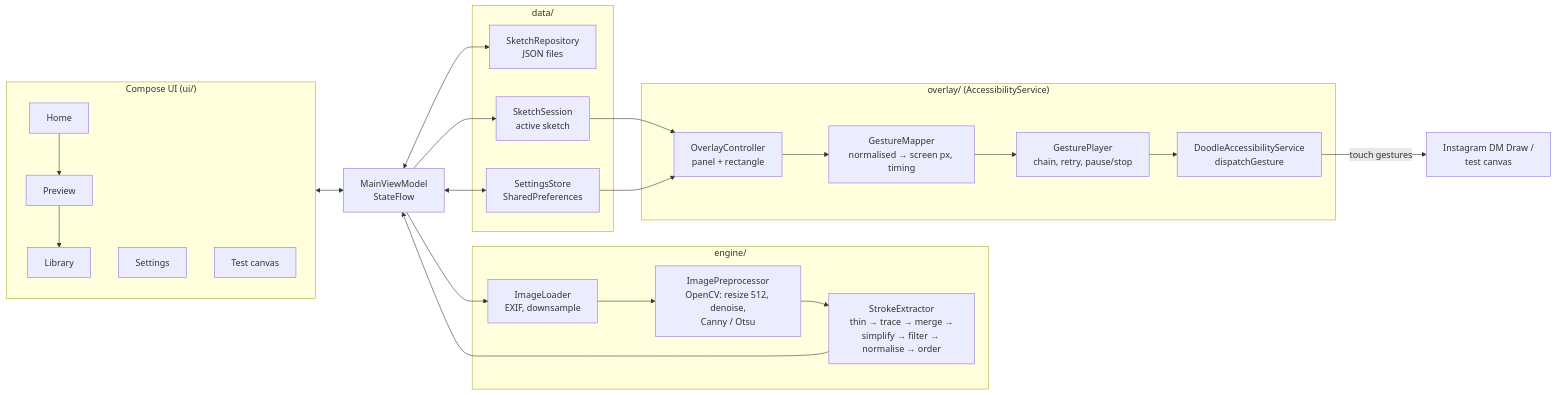
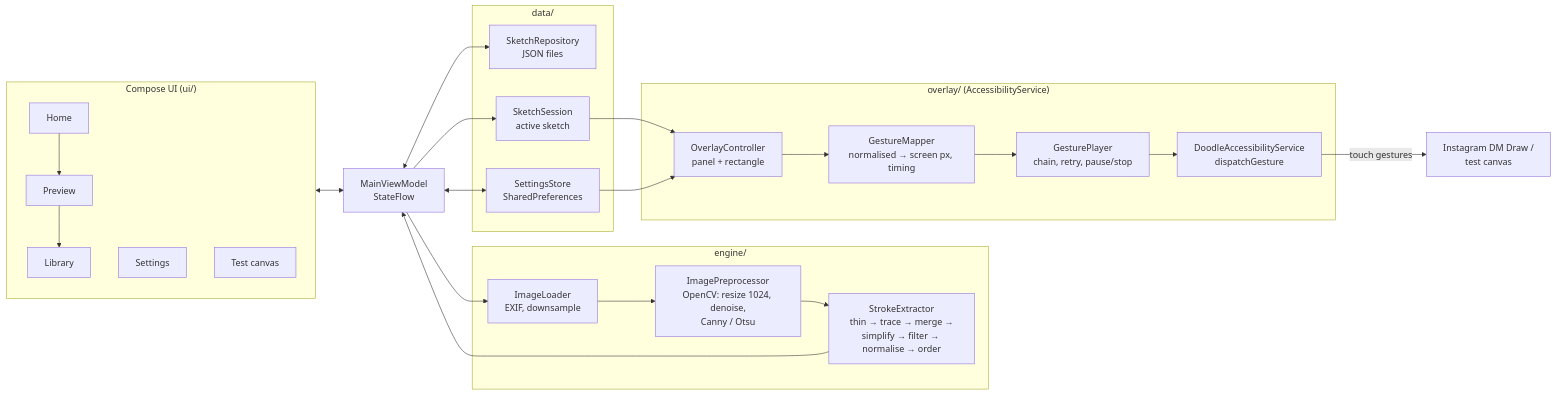
The diagram in README.md (KryptoniaN10/InstaDoodle), drawn with Mermaid before and after one commit. The commit also changed other lines of this file and 9 other files, not shown here.

````diff
--- a/README.md
+++ b/README.md
@@ -44,33 +44,33 @@
 ```mermaid
 flowchart LR
     subgraph UI["Compose UI (ui/)"]
         Home --> Preview
         Preview --> Library
         Settings
         TestCanvas[Test canvas]
     end
     VM[MainViewModel<br/>StateFlow]
     subgraph Engine["engine/"]
-        Loader[ImageLoader<br/>EXIF, downsample] --> Pre[ImagePreprocessor<br/>OpenCV: resize 512, denoise,<br/>Canny / Otsu]
+        Loader[ImageLoader<br/>EXIF, downsample] --> Pre[ImagePreprocessor<br/>OpenCV: resize 1024, denoise,<br/>Canny / Otsu]
         Pre --> Extract[StrokeExtractor<br/>thin → trace → merge →<br/>simplify → filter → normalise → order]
     end
     subgraph Data["data/"]
         Repo[SketchRepository<br/>JSON files]
         Store[SettingsStore<br/>SharedPreferences]
         Session[SketchSession<br/>active sketch]
     end
     subgraph Overlay["overlay/ (AccessibilityService)"]
         Ctrl[OverlayController<br/>panel + rectangle] --> Mapper[GestureMapper<br/>normalised → screen px, timing]
         Mapper --> Player[GesturePlayer<br/>chain, retry, pause/stop]
         Player --> Svc[DoodleAccessibilityService<br/>dispatchGesture]
     end
     UI <--> VM
     VM --> Loader
     Extract --> VM
     VM <--> Repo
     VM <--> Store
     VM --> Session
     Session --> Ctrl
     Store --> Ctrl
     Svc -->|touch gestures| Target[Instagram DM Draw /<br/>test canvas]
 ```
````
